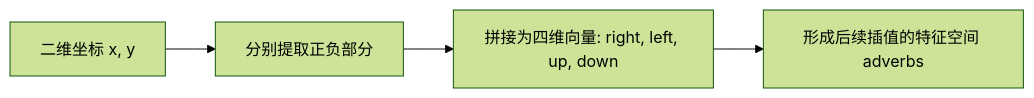
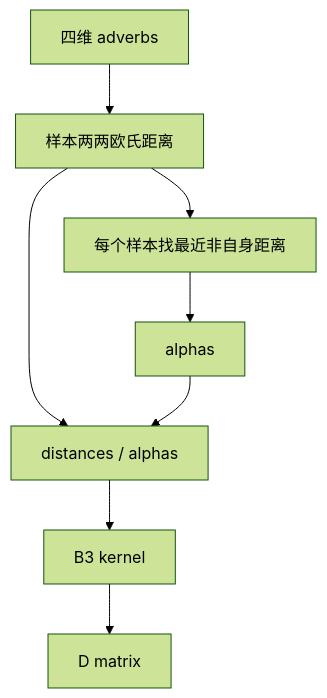
Before and after one commit to EvihGraphics/AnimationTech-HTC: the sixth of 14 diagrams in docs/blog/Theory/radial_basis_function_verbs_and_adverbs/README.md, drawn with Mermaid (forest theme). The commit also changed other lines of this file and 6 other files, not shown here.

````diff
--- a/docs/blog/Theory/radial_basis_function_verbs_and_adverbs/README.md
+++ b/docs/blog/Theory/radial_basis_function_verbs_and_adverbs/README.md
@@ -118,6 +165,10 @@
 ```mermaid
-flowchart LR
-    A[二维坐标 x, y] --> B[分别提取正负部分]
-    B --> C[拼接为四维向量: right, left, up, down]
-    C --> D[形成后续插值的特征空间 adverbs]
+flowchart TD
+    A[四维 adverbs] --> B[样本两两欧氏距离]
+    B --> C[每个样本找最近非自身距离]
+    C --> D[alphas]
+    B --> E[distances / alphas]
+    D --> E
+    E --> F[B3 kernel]
+    F --> G[D matrix]
 ```
````
